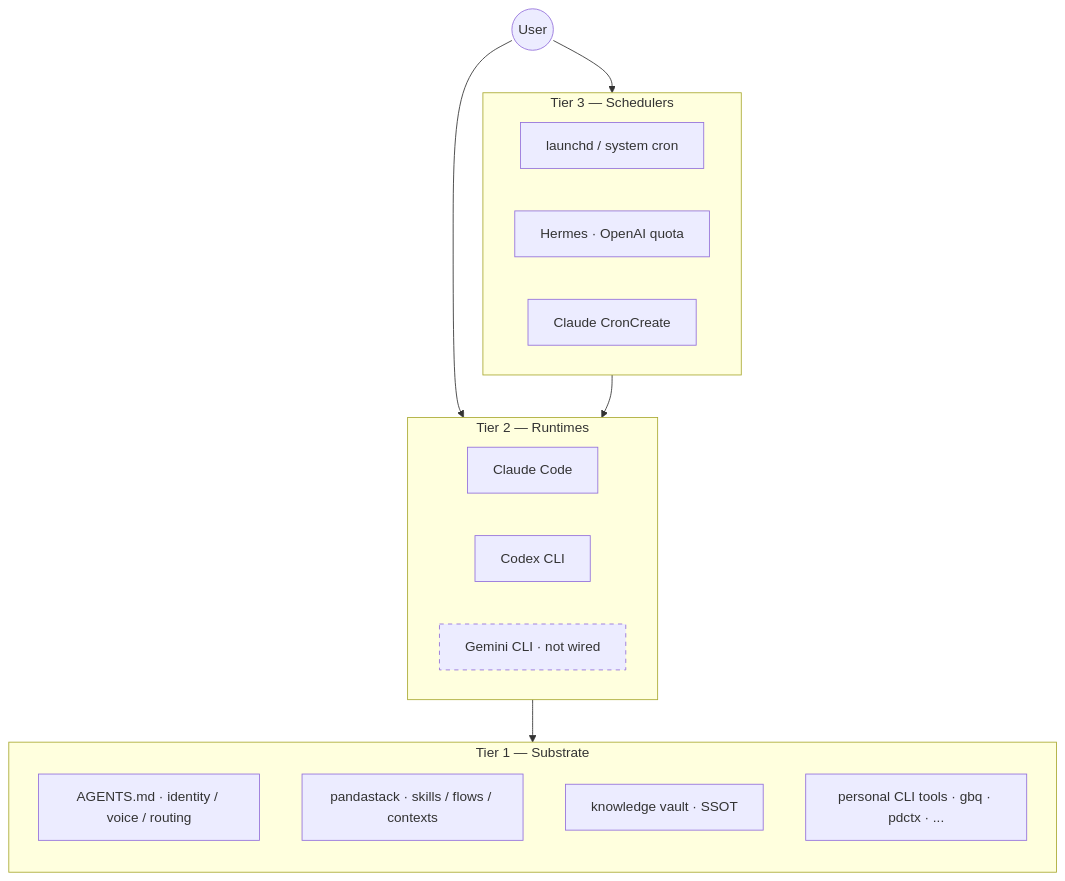
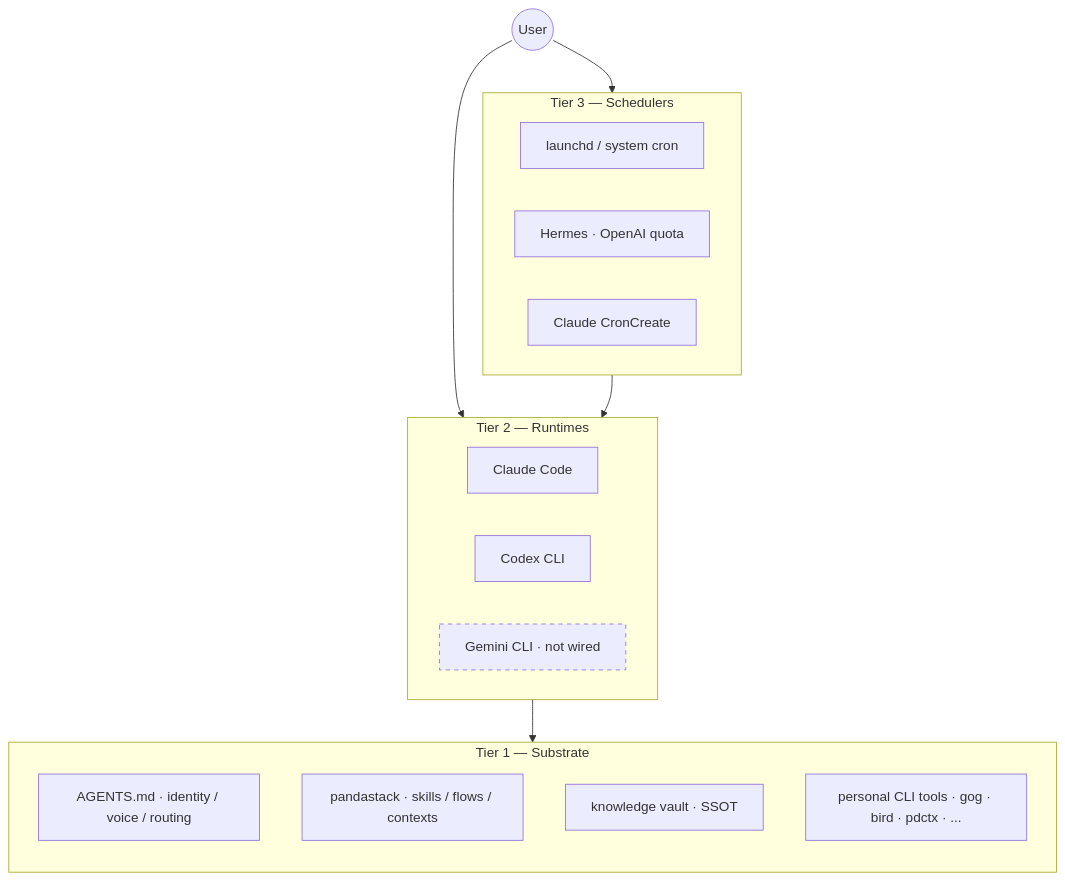
The diagram in README.md (panda850819/pandastack), drawn with Mermaid before and after one commit. The commit also changed other lines of this file and 32 other files, not shown here.

````diff
--- a/README.md
+++ b/README.md
@@ -102,33 +102,33 @@
 ```mermaid
 flowchart TB
     User((User))
 
     subgraph T3 [Tier 3 — Schedulers]
         direction LR
         launchd[launchd / system cron]
         hermes[Hermes · OpenAI quota]
         cron[Claude CronCreate]
     end
 
     subgraph T2 [Tier 2 — Runtimes]
         direction LR
         cc[Claude Code]
         cx[Codex CLI]
         gem[Gemini CLI · not wired]
     end
 
     subgraph T1 [Tier 1 — Substrate]
         direction TB
         agents[AGENTS.md · identity / voice / routing]
         skills[pandastack · skills / flows / contexts]
         knowledge[knowledge vault · SSOT]
-        cli[personal CLI tools · gbq · pdctx · ...]
+        cli[personal CLI tools · gog · bird · pdctx · ...]
     end
 
     User --> T3
     User --> T2
     T3 --> T2
     T2 --> T1
 
     style gem stroke-dasharray: 5 5
 ```
````
